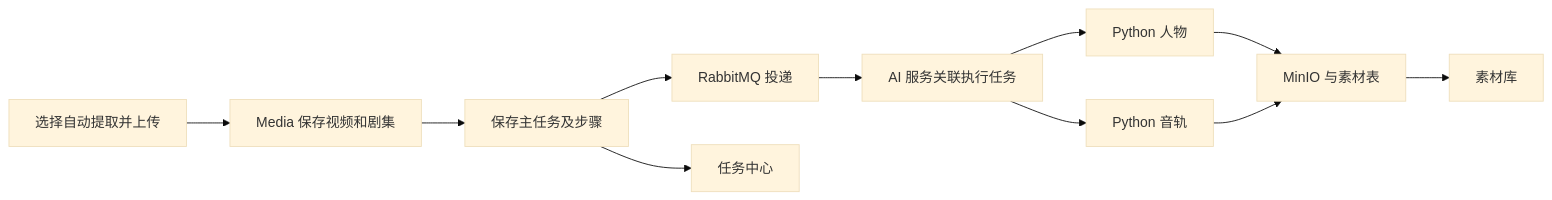
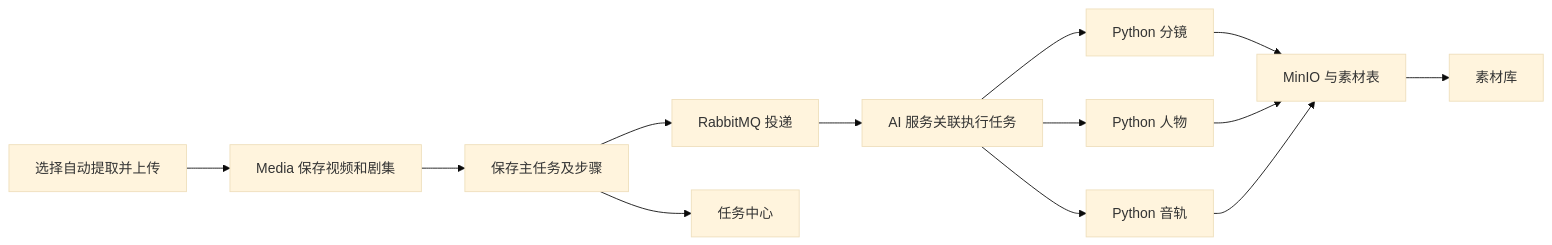
Before and after one commit to xiyeeee/video-asset-server: the diagram in docs/extraction-workflow.md, drawn with Mermaid (base theme). The commit also changed other lines of this file and 16 other files, not shown here.

````diff
--- a/docs/extraction-workflow.md
+++ b/docs/extraction-workflow.md
@@ -7,13 +7,15 @@
 ```mermaid
 flowchart LR
     U[选择自动提取并上传] --> M[Media 保存视频和剧集]
     M --> DB[保存主任务及步骤]
     DB --> R[RabbitMQ 投递]
     R --> W[AI 服务关联执行任务]
+    W --> H[Python 分镜]
     W --> C[Python 人物]
     W --> A[Python 音轨]
+    H --> S[MinIO 与素材表]
     C --> S[MinIO 与素材表]
     A --> S
     DB --> T[任务中心]
     S --> L[素材库]
 ```
````
